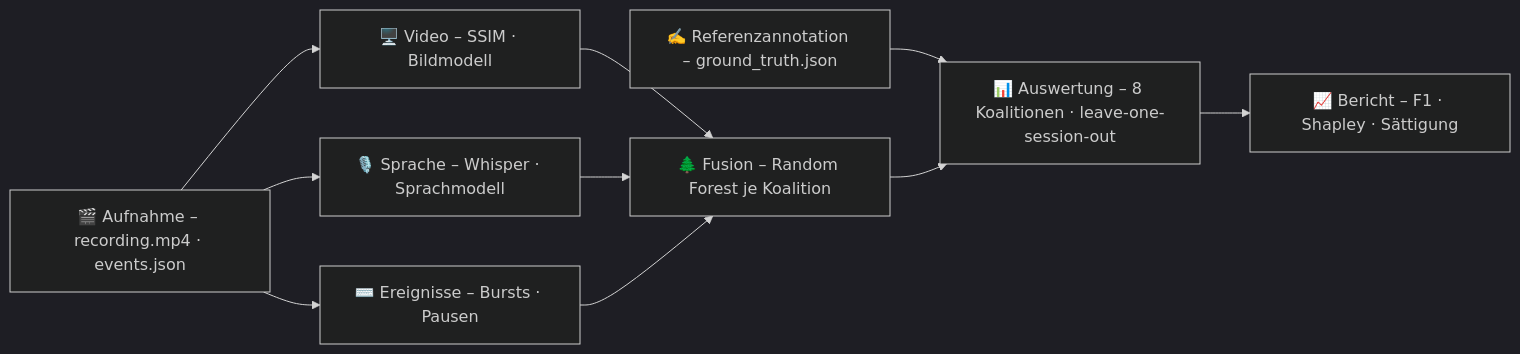
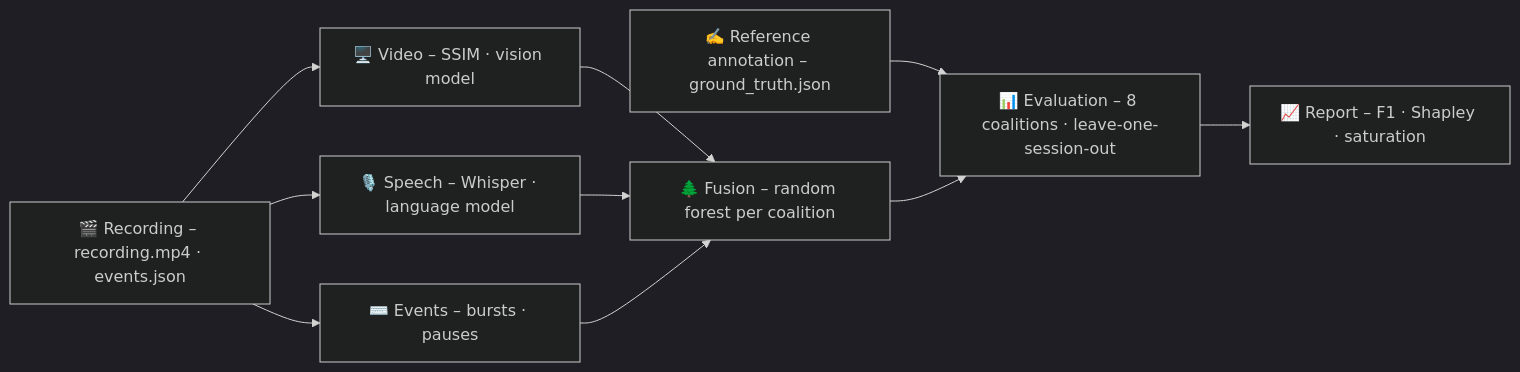
Before and after one commit to mueller-marcel/docu-pilot: the diagram in README.md, drawn with Mermaid (dark theme). The commit also changed other lines of this file and 65 other files, not shown here.

````diff
--- a/README.md
+++ b/README.md
@@ -32,10 +32,10 @@
 ```mermaid
 flowchart LR
-    R["🎬 Aufnahme – recording.mp4 · events.json"] --> V["🖥️ Video – SSIM · Bildmodell"]
-    R --> A["🎙️ Sprache – Whisper · Sprachmodell"]
-    R --> E["⌨️ Ereignisse – Bursts · Pausen"]
-    V & A & E --> F["🌲 Fusion – Random Forest je Koalition"]
-    G["✍️ Referenzannotation – ground_truth.json"] --> X
-    F --> X["📊 Auswertung – 8 Koalitionen · leave-one-session-out"]
-    X --> B["📈 Bericht – F1 · Shapley · Sättigung"]
+    R["🎬 Recording – recording.mp4 · events.json"] --> V["🖥️ Video – SSIM · vision model"]
+    R --> A["🎙️ Speech – Whisper · language model"]
+    R --> E["⌨️ Events – bursts · pauses"]
+    V & A & E --> F["🌲 Fusion – random forest per coalition"]
+    G["✍️ Reference annotation – ground_truth.json"] --> X
+    F --> X["📊 Evaluation – 8 coalitions · leave-one-session-out"]
+    X --> B["📈 Report – F1 · Shapley · saturation"]
 ```
````
